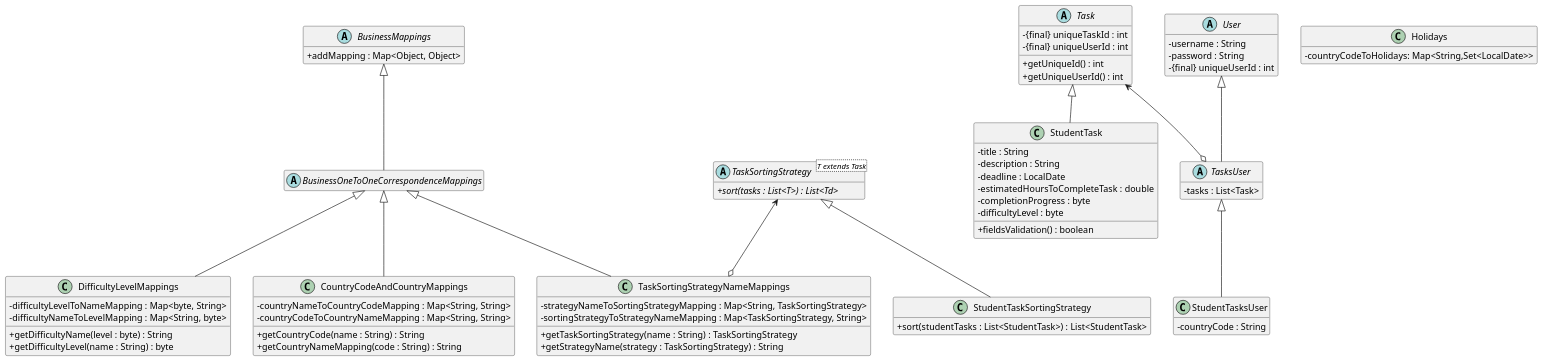
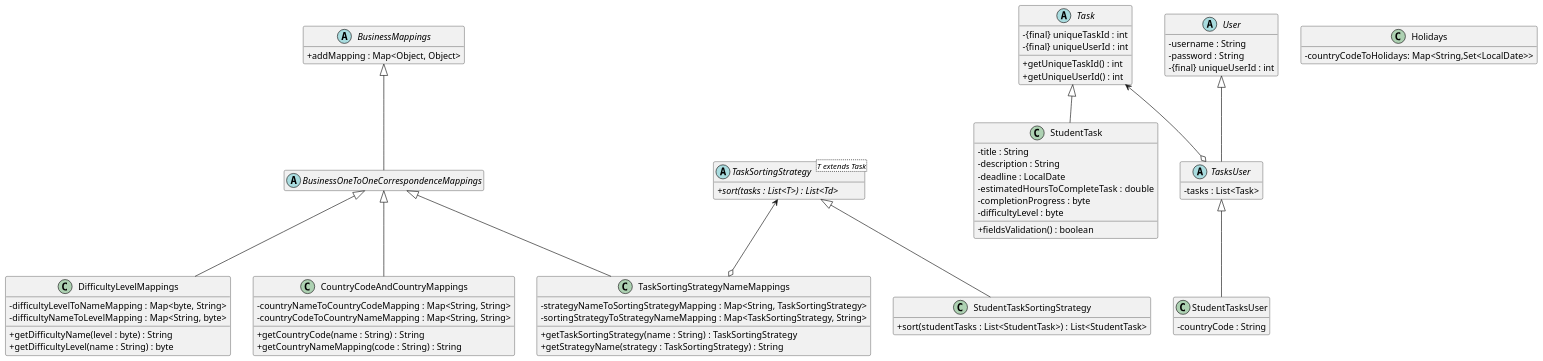
Before and after one commit to CSC207-2025F-UofT/team-project: the first of 2 diagrams in Entities.puml, drawn with PlantUML.

Commit message:
Updated Task Entity puml

```diff
--- a/Entities.puml
+++ b/Entities.puml
@@ -1,114 +1,114 @@
 @startuml
 'https://plantuml.com/class-diagram
 ' `..|>` represents Interface Realization/Implementation (dashed line with an open arrow).
 ' `--|>` represents Inheritance/Generalization (solid line with an open arrow).
 ' `o-->` represents Aggregation (a hollow diamond pointing to the owner/container). The "\*" indicates multiplicity (e.g., Drawing holds multiple Shape objects).
 skinparam dpi 120
 skinparam classAttributeIconSize 0
 hide empty members
 
 ' ========
 ' Foundational entities
 ' ========
 abstract class BusinessMappings {
   + addMapping : Map<Object, Object>
 }
 
 ' Maps with keys and values being both one-to-one and onto
 abstract class BusinessOneToOneCorrespondenceMappings
 
 ' 1 - Easy, 2 - Average, 3 - Difficult
 class DifficultyLevelMappings {
   - difficultyLevelToNameMapping : Map<byte, String>
   - difficultyNameToLevelMapping : Map<String, byte>
   + getDifficultyName(level : byte) : String
   + getDifficultyLevel(name : String) : byte
 }
 
 ' CA - Canada, US - USA, ET - Ethiopia, IN - India, FR - France, GH - Ghana
 class CountryCodeAndCountryMappings {
   - countryNameToCountryCodeMapping : Map<String, String>
   - countryCodeToCountryNameMapping : Map<String, String>
   + getCountryCode(name : String) : String
   + getCountryNameMapping(code : String) : String
 }
 
 class TaskSortingStrategyNameMappings {
  - strategyNameToSortingStrategyMapping : Map<String, TaskSortingStrategy>
  - sortingStrategyToStrategyNameMapping : Map<TaskSortingStrategy, String>
  + getTaskSortingStrategy(name : String) : TaskSortingStrategy
  + getStrategyName(strategy : TaskSortingStrategy) : String
 }
 
 ' The uniqueId is only unique per user
 ' The uniqueUserId reflects the user that owns the task
 abstract class Task {
   - {final} uniqueTaskId : int
   - {final} uniqueUserId : int
-  + getUniqueId() : int
+  + getUniqueTaskId() : int
   + getUniqueUserId() : int
 }
 
 ' The `fieldsValidation()` method checks the following:
 ' - The estimated number of hours needed to complete the task must be positive
 ' - The completion progress must be an integer between 0 and 100. Both 0 and 100 are allowed.
 ' - The `deadline` field cannot be empty, and it could be a date that has already passed.
 ' - The `uniqueUserId` field cannot be empty
 ' The constructor of `StudentTask` should use the method `fieldsValidation()` to double-check the validity of the
 '     object created, and throw an error if the item is not valid.
 ' The setter of `StudentTask` should use the method `fieldsValidation()` to double-check the validity of the object
 '     before and after the fields are changed, and throw an error if the item is not valid.
 class StudentTask {
   - title : String
   - description : String
   - deadline : LocalDate
   - estimatedHoursToCompleteTask : double
   - completionProgress : byte
   - difficultyLevel : byte
   + fieldsValidation() : boolean
 }
 
 abstract class User {
   - username : String
   - password : String
   - {final} uniqueUserId : int
 }
 
 abstract class TasksUser {
   - tasks : List<Task>
 }
 
 class StudentTasksUser {
   - countryCode : String
 }
 
 abstract class TaskSortingStrategy<T extends Task> {
   + {abstract} sort(tasks : List<T>) : List<Td>
 }
 
 class StudentTaskSortingStrategy {
   + sort(studentTasks : List<StudentTask>) : List<StudentTask>
 }
 
 ' Country code is in ISO 3166-1 alpha-2 code
 class Holidays {
   - countryCodeToHolidays: Map<String,Set<LocalDate>>
 }
 
 BusinessMappings <|-- BusinessOneToOneCorrespondenceMappings
 BusinessOneToOneCorrespondenceMappings <|-- DifficultyLevelMappings
 BusinessOneToOneCorrespondenceMappings <|-- CountryCodeAndCountryMappings
 BusinessOneToOneCorrespondenceMappings <|-- TaskSortingStrategyNameMappings
 
 Task <|-- StudentTask
 
 User <|-- TasksUser
 TasksUser <|-- StudentTasksUser
 
 Task <--o TasksUser
 
 TaskSortingStrategy <|-- StudentTaskSortingStrategy
 
 TaskSortingStrategy <--o TaskSortingStrategyNameMappings
 
 @enduml
```
